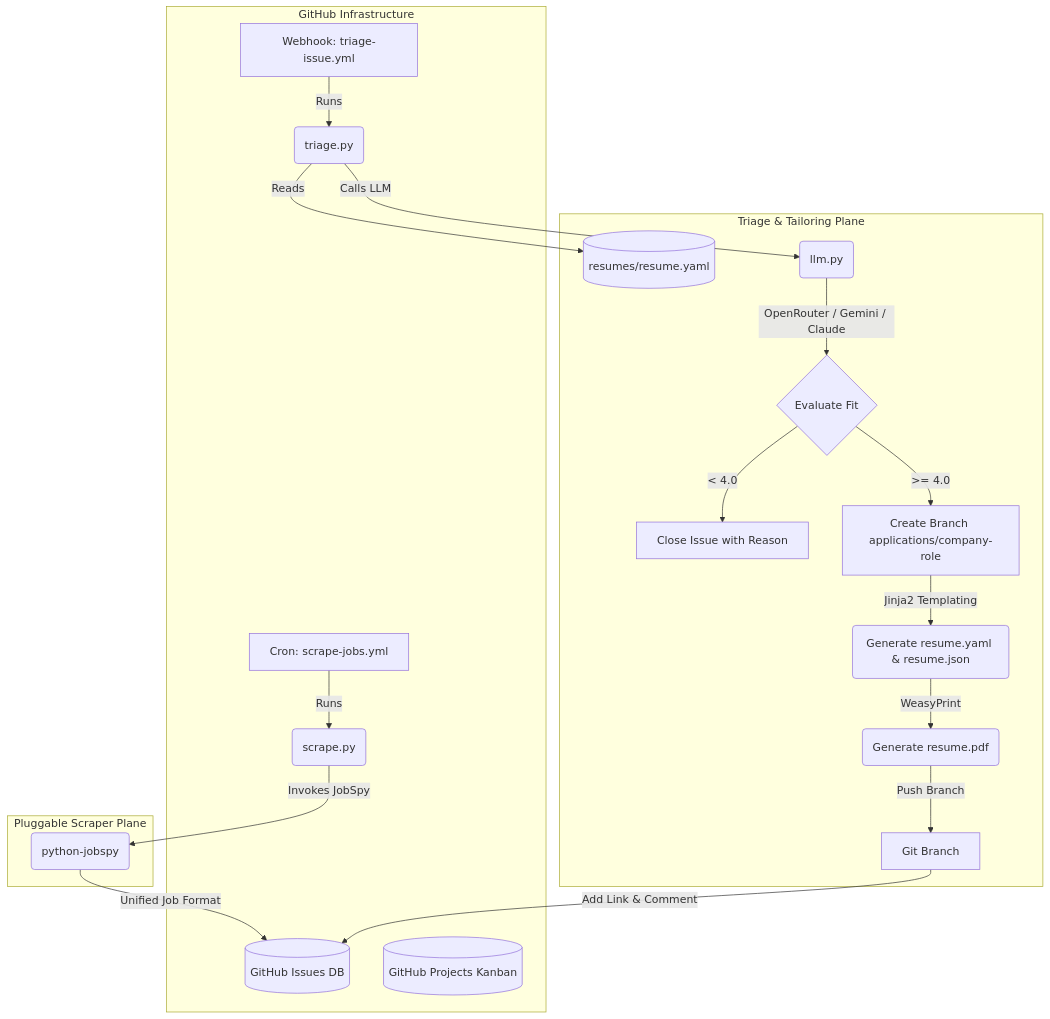
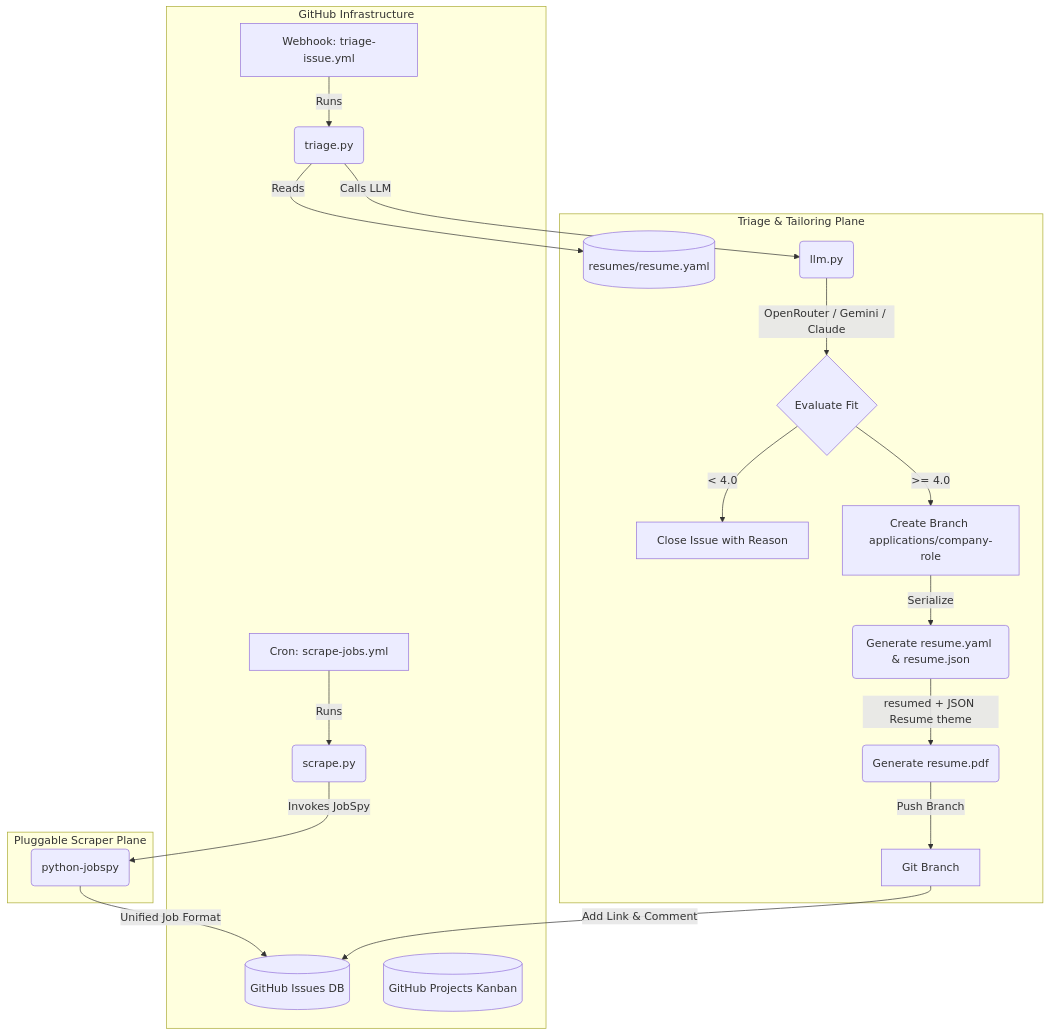
The diagram in specs/spec.md (menil/JobGitOps), drawn with Mermaid before and after one commit. The commit also changed other lines of this file and 9 other files, not shown here.

````diff
--- a/specs/spec.md
+++ b/specs/spec.md
@@ -11,29 +11,29 @@
 ```mermaid
 flowchart TD
     subgraph GitHub Cloud [GitHub Infrastructure]
         A[Cron: scrape-jobs.yml] -->|Runs| B(scrape.py)
         C[Webhook: triage-issue.yml] -->|Runs| D(triage.py)
         
         Issues[(GitHub Issues DB)]
         Projects[(GitHub Projects Kanban)]
     end
     
     subgraph Scrapers [Pluggable Scraper Plane]
         B -->|Invokes JobSpy| E(python-jobspy)
         E -->|Unified Job Format| Issues
     end
     
     subgraph AI Engine [Triage & Tailoring Plane]
         D -->|Reads| G[(resumes/resume.yaml)]
         D -->|Calls LLM| H(llm.py)
         H -->|OpenRouter / Gemini / Claude| I{Evaluate Fit}
         
         I -->|< 4.0| J[Close Issue with Reason]
         I -->|>= 4.0| K[Create Branch applications/company-role]
         
-        K -->|Jinja2 Templating| L(Generate resume.yaml & resume.json)
-        L -->|WeasyPrint| M(Generate resume.pdf)
+        K -->|Serialize| L(Generate resume.yaml & resume.json)
+        L -->|resumed + JSON Resume theme| M(Generate resume.pdf)
         M -->|Push Branch| N[Git Branch]
         N -->|Add Link & Comment| Issues
     end
 ```
````
